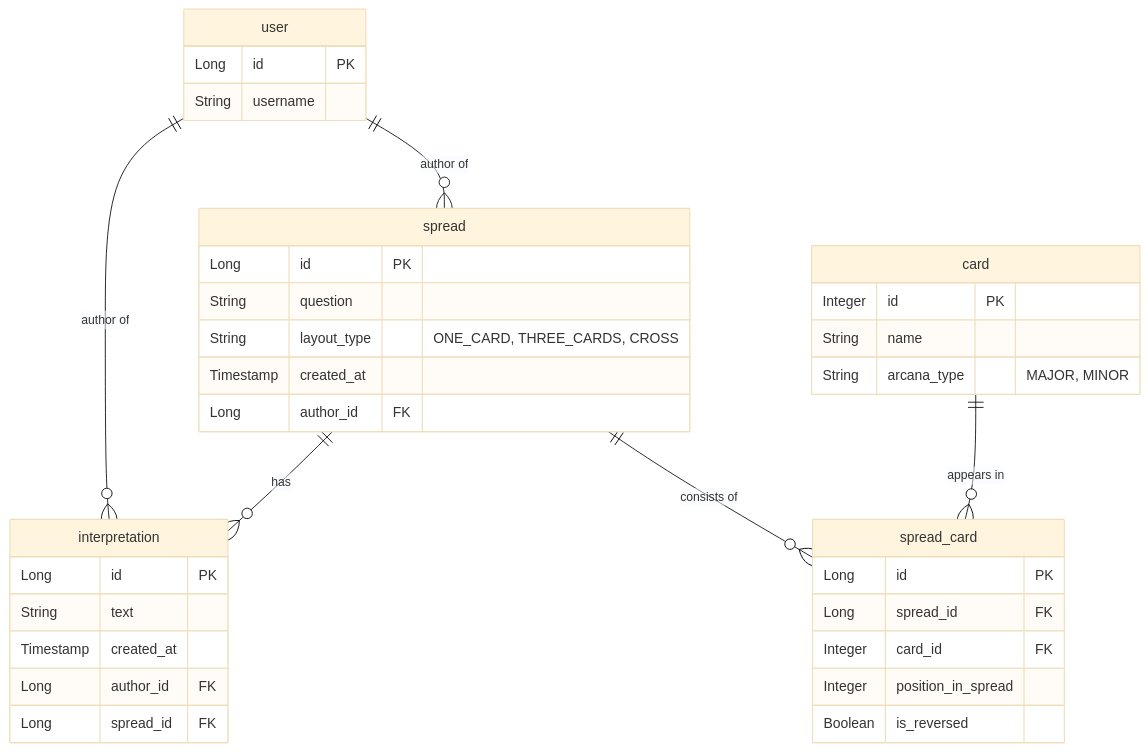
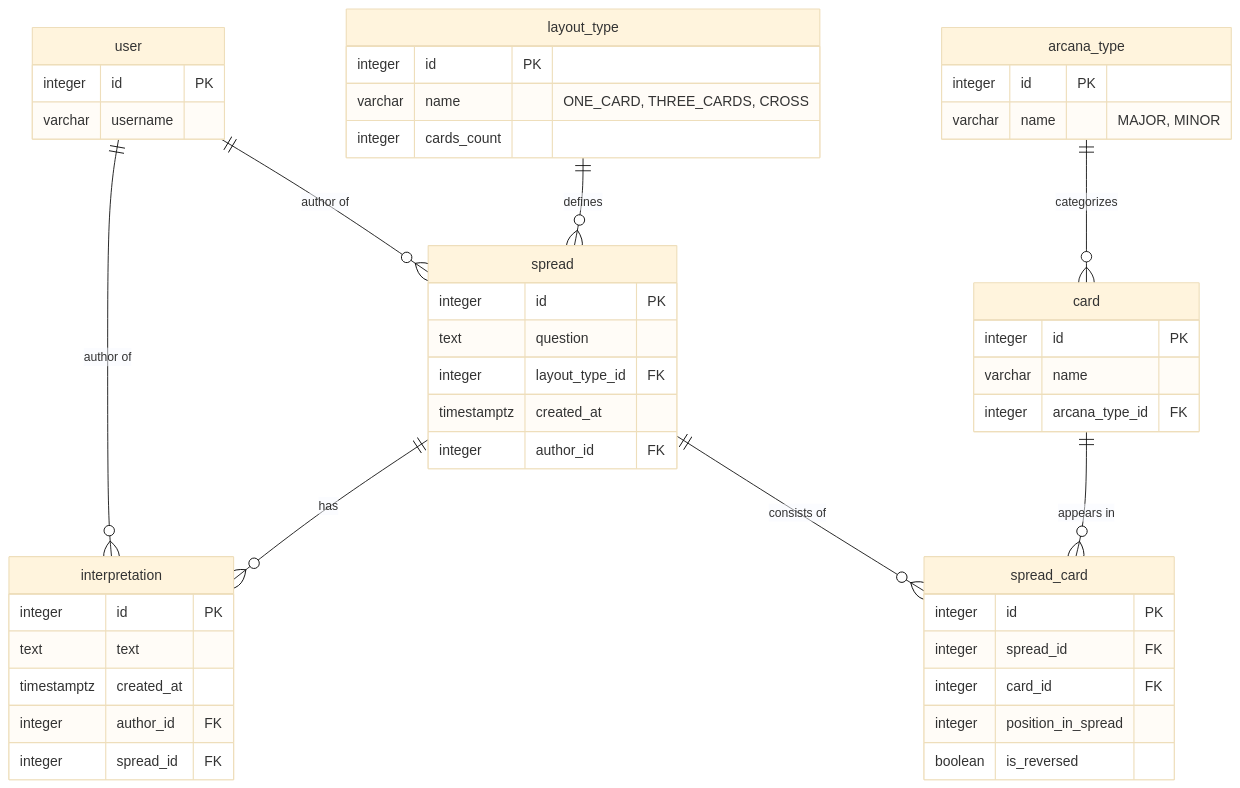
The diagram in README.md (butvinm-itmo/highload), drawn with Mermaid (base theme) before and after one commit.

Commit message:
Update ER

````diff
--- a/README.md
+++ b/README.md
@@ -80,51 +80,66 @@
 ```mermaid
 erDiagram
   user {
-    Long id PK
-    String username
+    integer id PK
+    varchar username
+  }
+
+  layout_type {
+    integer id PK
+    varchar name "ONE_CARD, THREE_CARDS, CROSS"
+    integer cards_count
+  }
+
+  arcana_type {
+    integer id PK
+    varchar name "MAJOR, MINOR"
   }
 
   spread {
-    Long id PK
-    String question
-    String layout_type "ONE_CARD, THREE_CARDS, CROSS"
-    Timestamp created_at
-    Long author_id FK
+    integer id PK
+    text question
+    integer layout_type_id FK
+    timestamptz created_at
+    integer author_id FK
   }
 
   interpretation {
-    Long id PK
-    String text
-    Timestamp created_at
-    Long author_id FK
-    Long spread_id FK
+    integer id PK
+    text text
+    timestamptz created_at
+    integer author_id FK
+    integer spread_id FK
   }
 
   card {
-    Integer id PK
-    String name
-    String arcana_type "MAJOR, MINOR"
+    integer id PK
+    varchar name
+    integer arcana_type_id FK
   }
 
   spread_card {
-    Long id PK
-    Long spread_id FK
-    Integer card_id FK
-    Integer position_in_spread
-    Boolean is_reversed
+    integer id PK
+    integer spread_id FK
+    integer card_id FK
+    integer position_in_spread
+    boolean is_reversed
   }
 
   %% Relationships
   user ||--o{ spread : "author of"
   user ||--o{ interpretation : "author of"
   spread ||--o{ interpretation : "has"
   spread ||--o{ spread_card : "consists of"
   card ||--o{ spread_card : "appears in"
+  layout_type ||--o{ spread : "defines"
+  arcana_type ||--o{ card : "categorizes"
 
   %% Additional notes about relationships:
   %% - user to spread: One-to-Many (один пользователь может создать много раскладов)
   %% - user to interpretation: One-to-Many (один пользователь может написать много интерпретаций)
   %% - spread to interpretation: One-to-Many (один расклад может иметь много интерпретаций)
   %% - spread to card: Many-to-Many через spread_card (расклад может содержать много карт, карта может появляться во многих раскладах)
+  %% - layout_type to spread: One-to-Many (один тип раскладки может использоваться во многих раскладах)
+  %% - arcana_type to card: One-to-Many (один тип арканов может включать много карт)
   %% - Unique constraint: author_id + spread_id в таблице interpretation (один пользователь - одна интерпретация на расклад)
 ```
````
